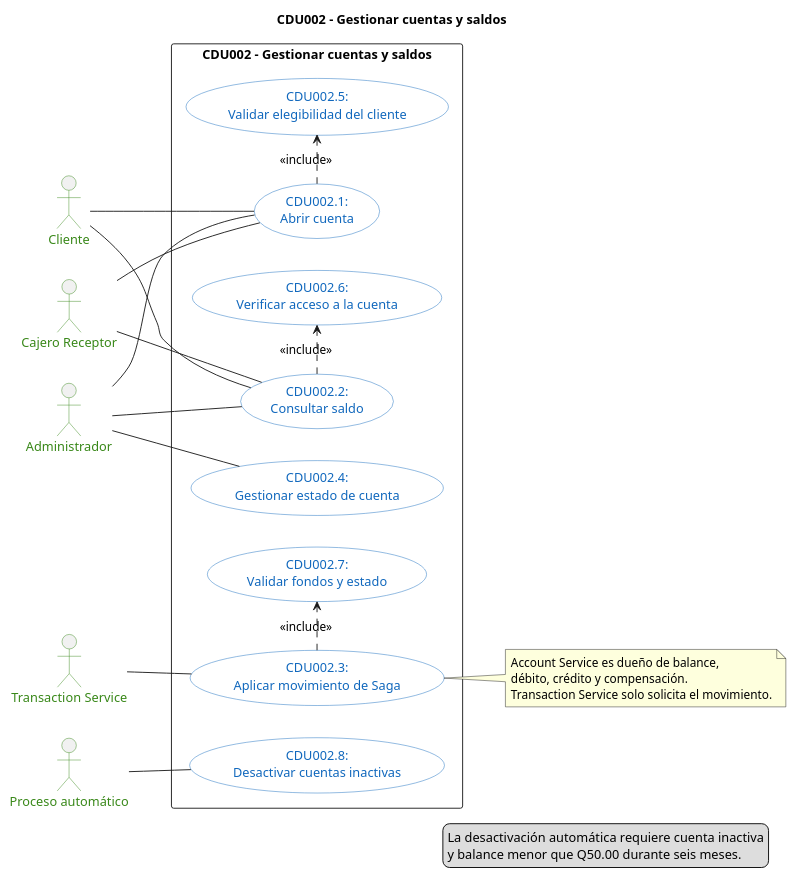
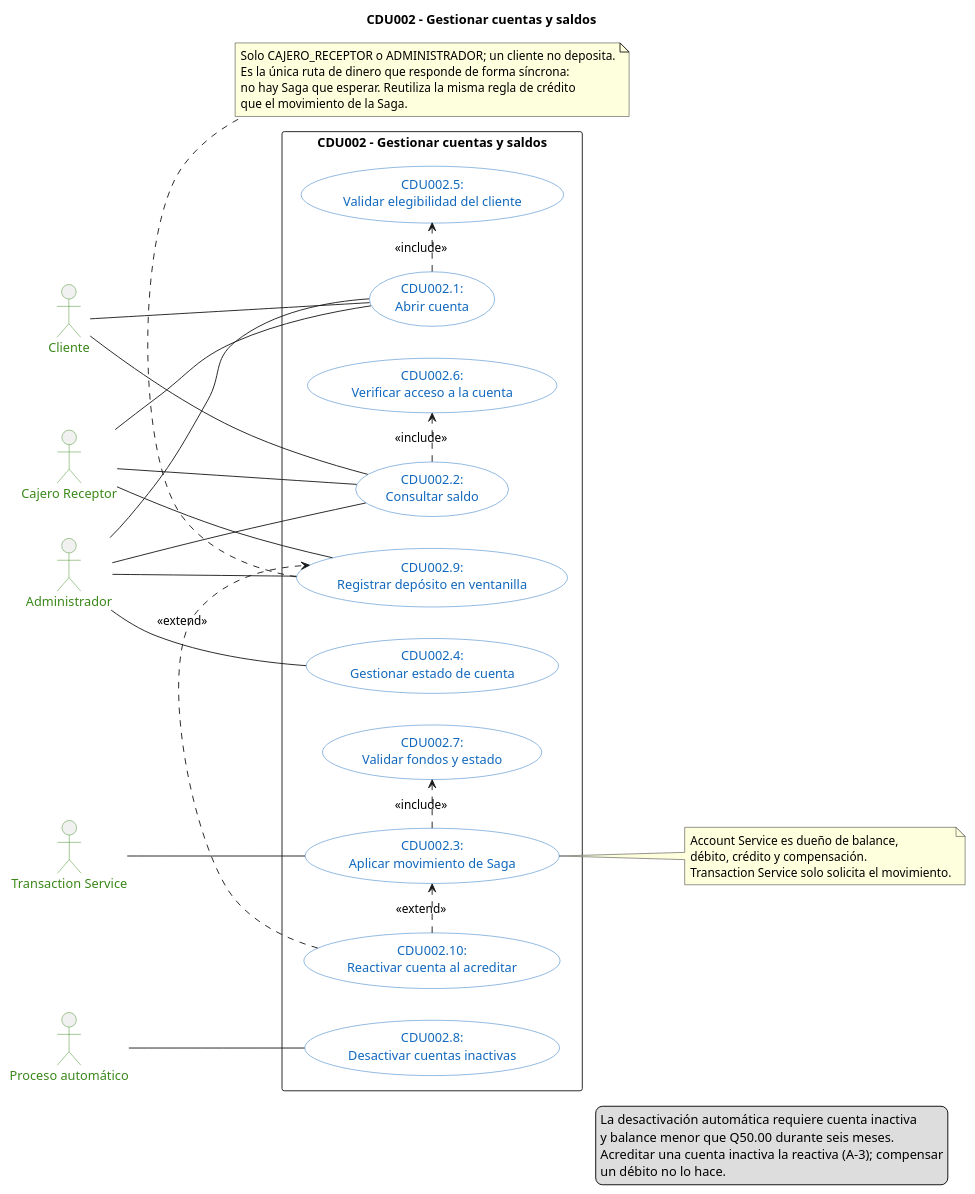
The diagram in docs/architecture/diagrams/cdu/account/account-casos-de-uso.puml (marcosbondel/Proyecto-SA-B-2), drawn with PlantUML before and after one commit. The commit also changed 66 other files, not shown here.

```diff
--- a/docs/architecture/diagrams/cdu/account/account-casos-de-uso.puml
+++ b/docs/architecture/diagrams/cdu/account/account-casos-de-uso.puml
@@ -1,59 +1,74 @@
 @startuml account-casos-de-uso
 left to right direction
 
 title CDU002 - Gestionar cuentas y saldos
 
 skinparam shadowing false
 skinparam packageStyle rectangle
 skinparam usecase {
     BackgroundColor #FFFFFF
     BorderColor #1168BD
     FontColor #1168BD
 }
 skinparam actor {
     BorderColor #398819
     FontColor #398819
 }
 
 actor "Cliente" as actor_account_customer
 actor "Cajero Receptor" as actor_account_teller
 actor "Administrador" as actor_account_admin
 actor "Transaction Service" as actor_account_transaction
 actor "Proceso automático" as actor_account_scheduler
 
 rectangle "CDU002 - Gestionar cuentas y saldos" as system_account {
     usecase "CDU002.1:\nAbrir cuenta" as uc_account_open
     usecase "CDU002.2:\nConsultar saldo" as uc_account_balance
     usecase "CDU002.3:\nAplicar movimiento de Saga" as uc_account_movement
     usecase "CDU002.4:\nGestionar estado de cuenta" as uc_account_status
     usecase "CDU002.5:\nValidar elegibilidad del cliente" as uc_account_eligibility
     usecase "CDU002.6:\nVerificar acceso a la cuenta" as uc_account_access
     usecase "CDU002.7:\nValidar fondos y estado" as uc_account_funds
     usecase "CDU002.8:\nDesactivar cuentas inactivas" as uc_account_automatic
+    usecase "CDU002.9:\nRegistrar depósito en ventanilla" as uc_account_deposit
+    usecase "CDU002.10:\nReactivar cuenta al acreditar" as uc_account_reactivate
 }
 
 actor_account_customer -- uc_account_open
 actor_account_customer -- uc_account_balance
 actor_account_teller -- uc_account_open
 actor_account_teller -- uc_account_balance
 actor_account_admin -- uc_account_open
 actor_account_admin -- uc_account_balance
 actor_account_admin -- uc_account_status
+actor_account_teller -- uc_account_deposit
+actor_account_admin -- uc_account_deposit
 actor_account_transaction -- uc_account_movement
 actor_account_scheduler -- uc_account_automatic
 
 uc_account_open .> uc_account_eligibility : <<include>>
 uc_account_balance .> uc_account_access : <<include>>
 uc_account_movement .> uc_account_funds : <<include>>
+uc_account_reactivate .> uc_account_deposit : <<extend>>
+uc_account_reactivate .> uc_account_movement : <<extend>>
 
 note right of uc_account_movement
     Account Service es dueño de balance,
     débito, crédito y compensación.
     Transaction Service solo solicita el movimiento.
 end note
 
+note bottom of uc_account_deposit
+    Solo CAJERO_RECEPTOR o ADMINISTRADOR; un cliente no deposita.
+    Es la única ruta de dinero que responde de forma síncrona:
+    no hay Saga que esperar. Reutiliza la misma regla de crédito
+    que el movimiento de la Saga.
+end note
+
 legend right
     La desactivación automática requiere cuenta inactiva
     y balance menor que Q50.00 durante seis meses.
+    Acreditar una cuenta inactiva la reactiva (A-3); compensar
+    un débito no lo hace.
 endlegend
 @enduml
```
